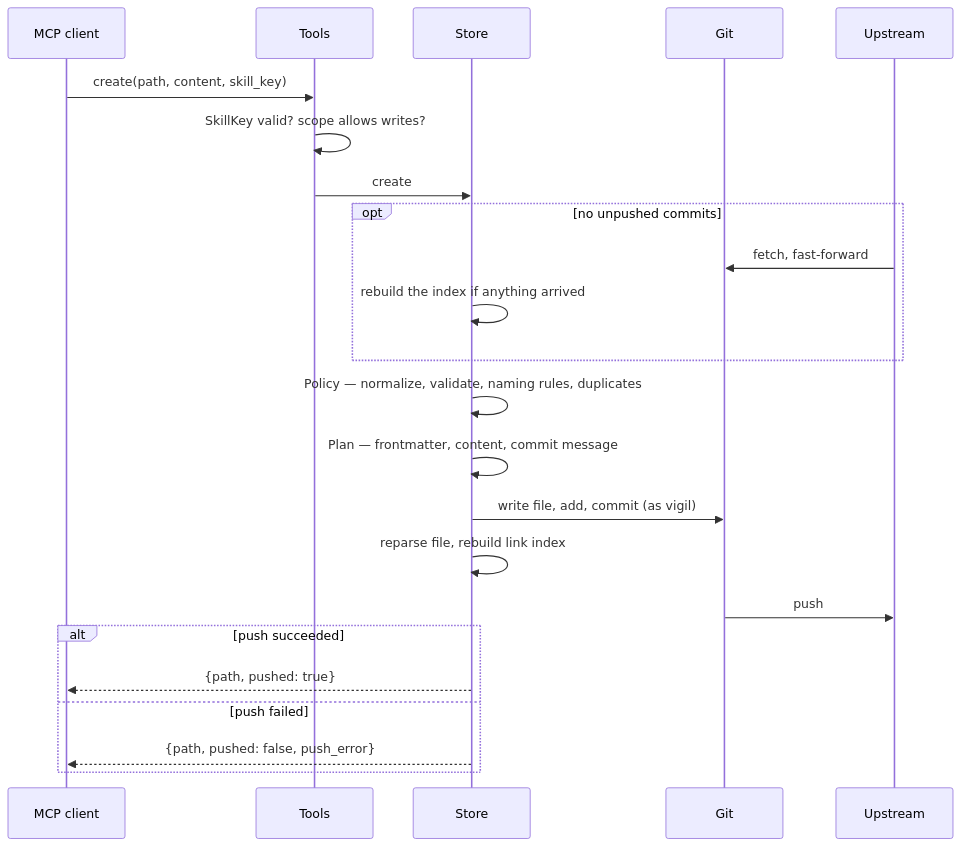
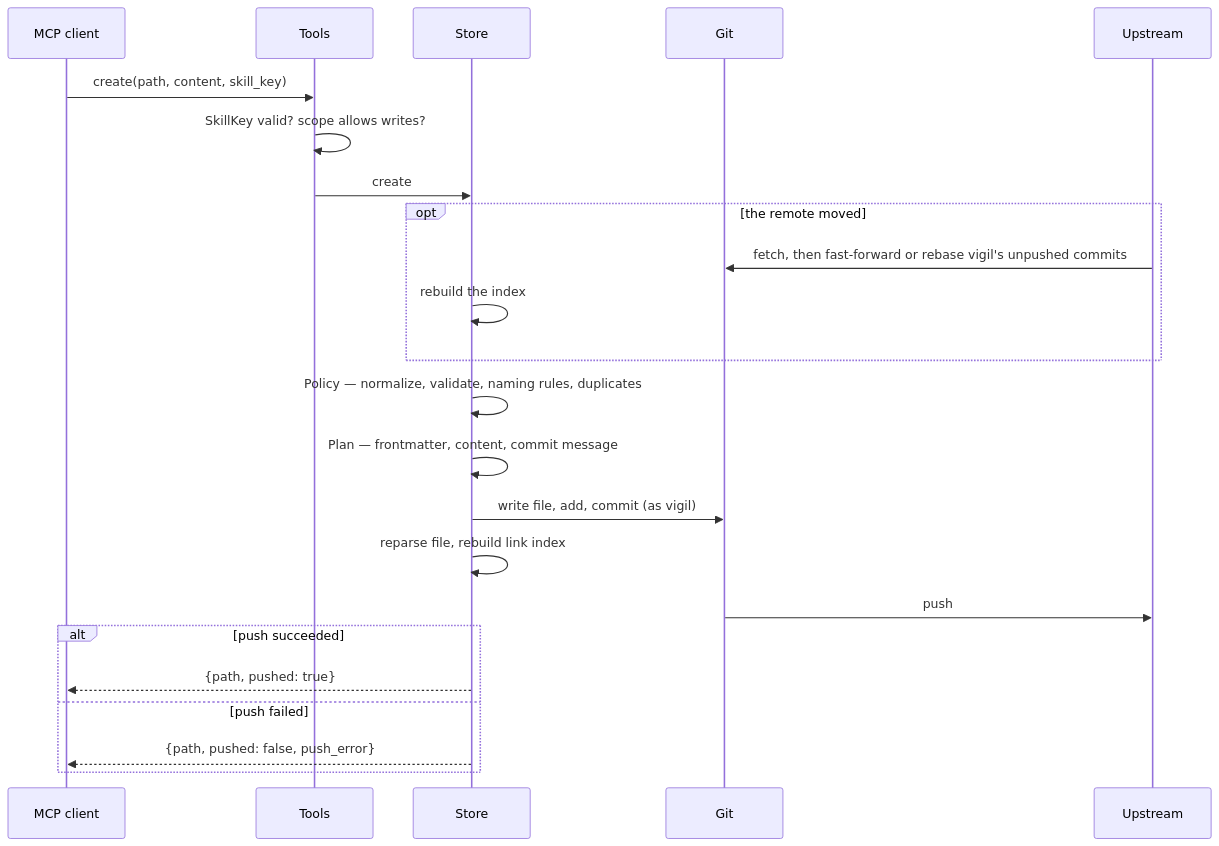
The third of 6 diagrams in docs/guide.md (64x-lunicorn/vigil), drawn with Mermaid before and after one commit. The commit also changed other lines of this file and 9 other files, not shown here.

````diff
--- a/docs/guide.md
+++ b/docs/guide.md
@@ -120,26 +122,26 @@
 ```mermaid
 sequenceDiagram
     participant Cl as MCP client
     participant T as Tools
     participant St as Store
     participant Git
     participant Up as Upstream
 
     Cl->>T: create(path, content, skill_key)
     T->>T: SkillKey valid? scope allows writes?
     T->>St: create
-    opt no unpushed commits
-        Up->>Git: fetch, fast-forward
-        St->>St: rebuild the index if anything arrived
+    opt the remote moved
+        Up->>Git: fetch, then fast-forward or rebase vigil's unpushed commits
+        St->>St: rebuild the index
     end
     St->>St: Policy — normalize, validate, naming rules, duplicates
     St->>St: Plan — frontmatter, content, commit message
     St->>Git: write file, add, commit (as vigil)
     St->>St: reparse file, rebuild link index
     Git->>Up: push
     alt push succeeded
         St-->>Cl: {path, pushed: true}
     else push failed
         St-->>Cl: {path, pushed: false, push_error}
     end
 ```
````
